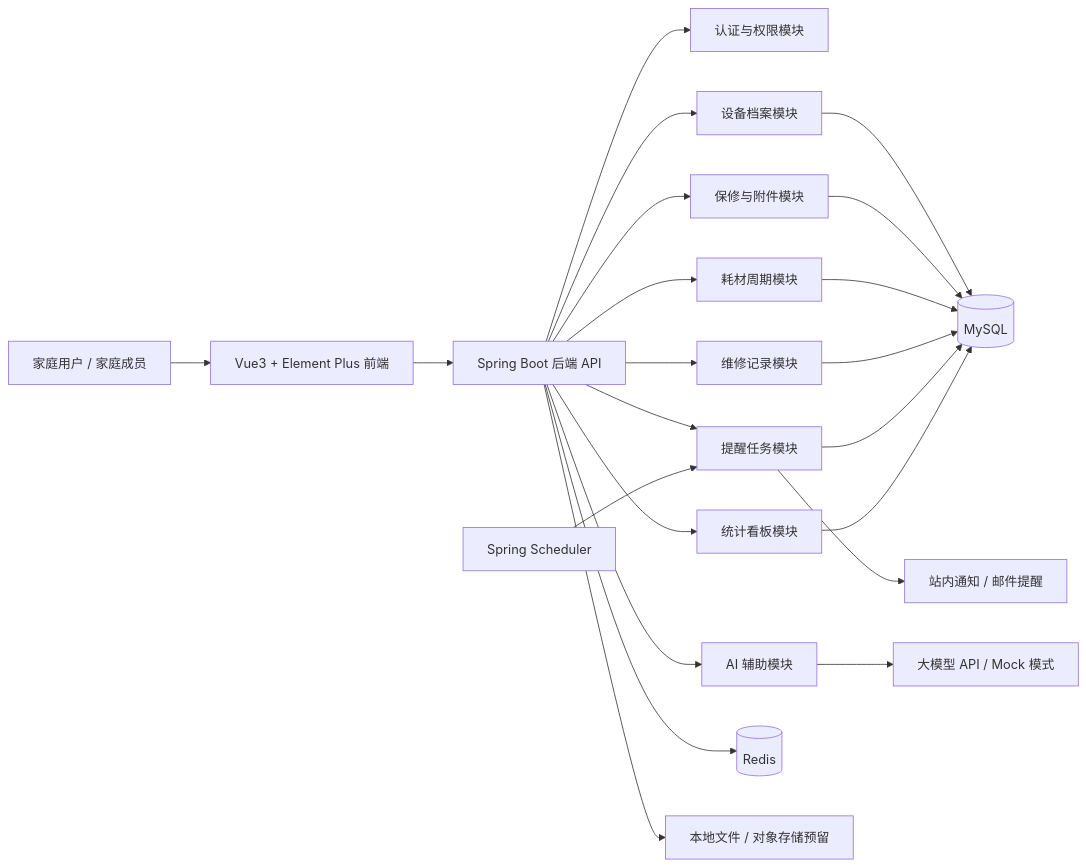
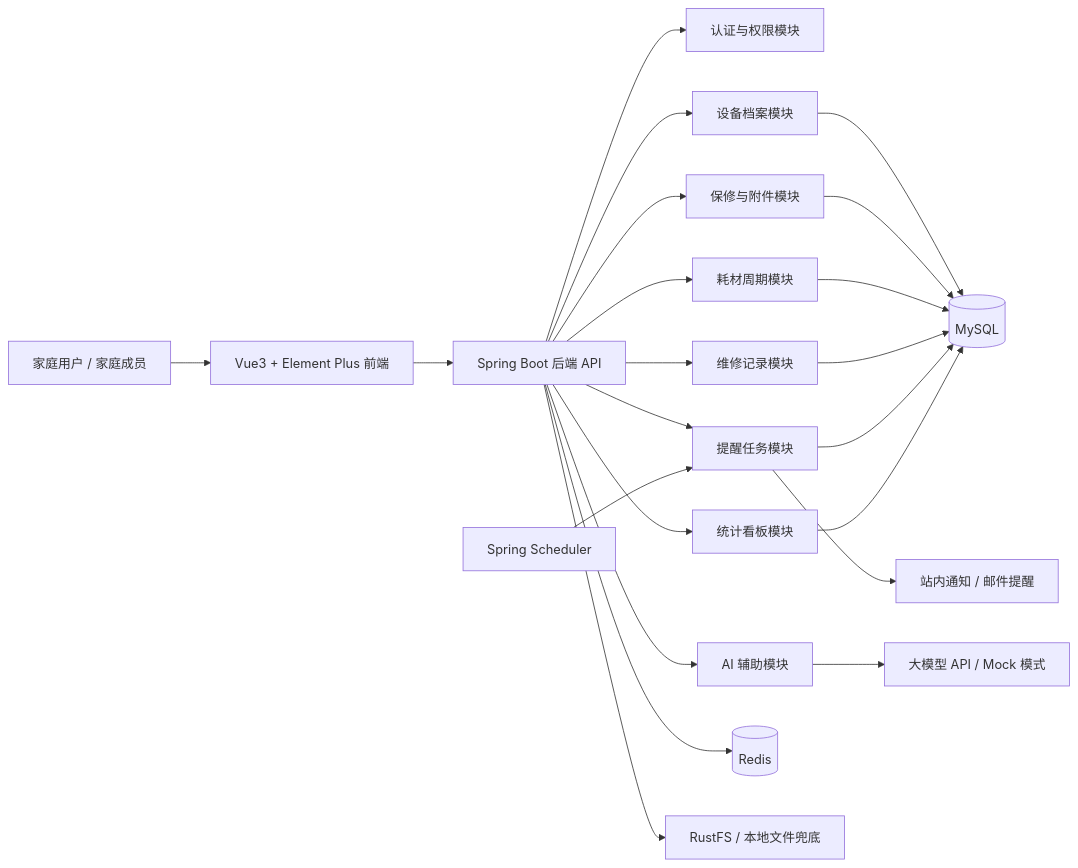
One commit to BQHM/fixledger changed the diagram in README.md. Above: the diagram before and after it, drawn with Mermaid. The commit also changed other lines of this file and 12 other files, not shown here.

````diff
--- a/README.md
+++ b/README.md
@@ -42,28 +59,28 @@
 ```mermaid
 flowchart LR
     User["家庭用户 / 家庭成员"] --> Web["Vue3 + Element Plus 前端"]
     Web --> API["Spring Boot 后端 API"]
 
     API --> Auth["认证与权限模块"]
     API --> Asset["设备档案模块"]
     API --> Warranty["保修与附件模块"]
     API --> Consumable["耗材周期模块"]
     API --> Maintenance["维修记录模块"]
     API --> Reminder["提醒任务模块"]
     API --> Dashboard["统计看板模块"]
     API --> AI["AI 辅助模块"]
 
     Asset --> MySQL[("MySQL")]
     Warranty --> MySQL
     Consumable --> MySQL
     Maintenance --> MySQL
     Reminder --> MySQL
     Dashboard --> MySQL
 
     API --> Redis[("Redis")]
-    API --> Storage["本地文件 / 对象存储预留"]
+    API --> Storage["RustFS / 本地文件兜底"]
     AI --> LLM["大模型 API / Mock 模式"]
 
     Scheduler["Spring Scheduler"] --> Reminder
     Reminder --> Notify["站内通知 / 邮件提醒"]
 ```
````
